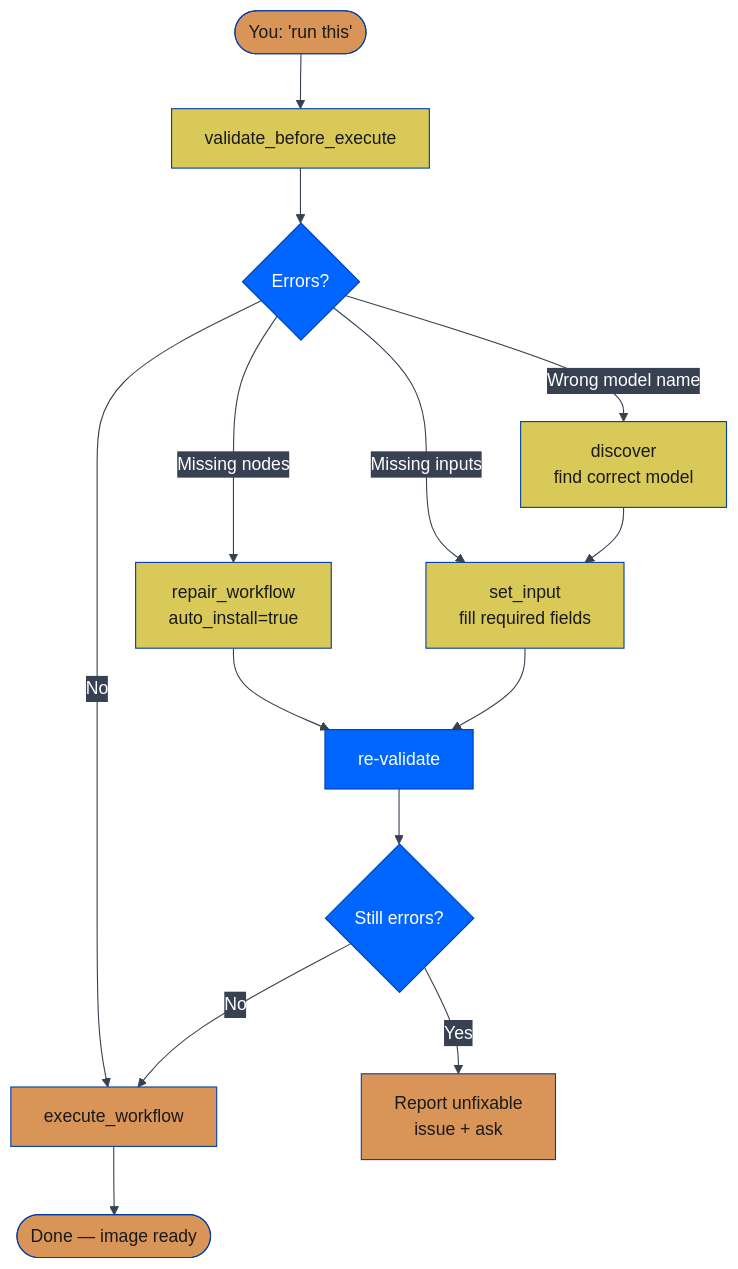
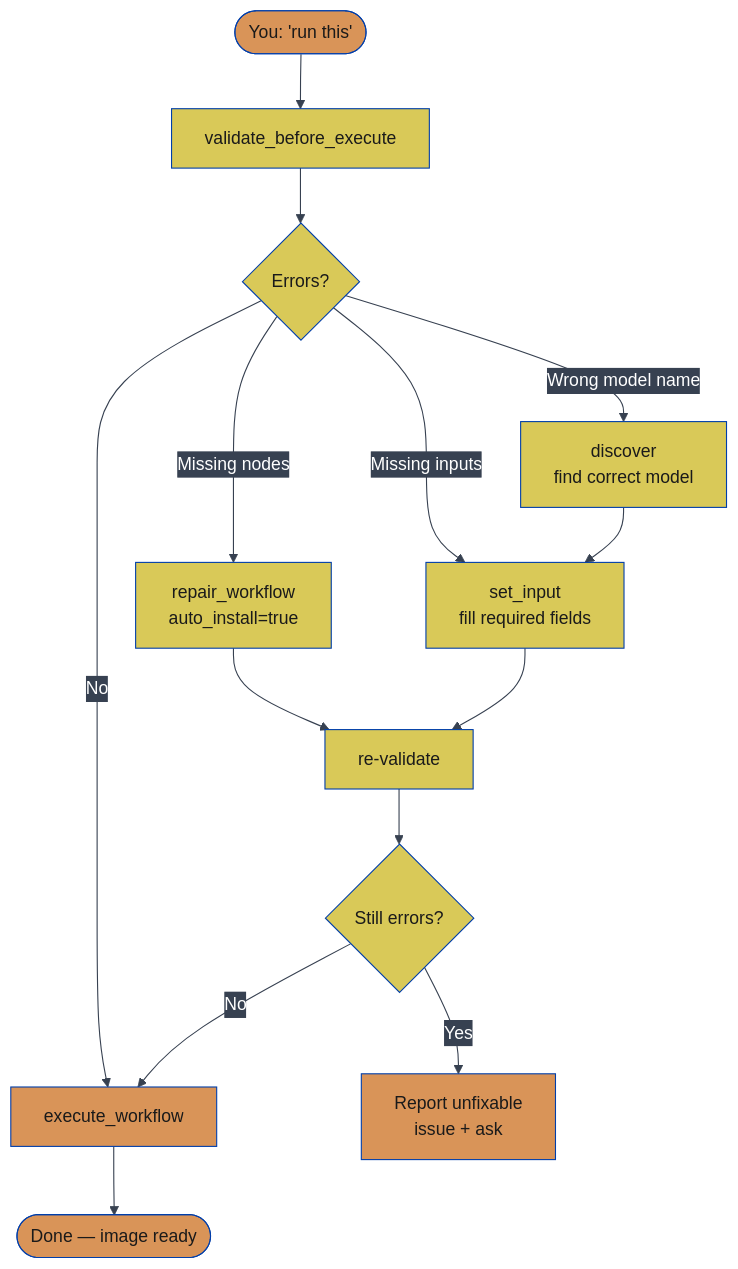
Before and after one commit to JosephOIbrahim/Comfy-Cozy: the eighth of 27 diagrams in README.md, drawn with Mermaid. The commit also changed other lines of this file, not shown here.

First line of the commit message:
[DOCS] Normalize mermaid palette: force two-tone orange/yellow with black text

````diff
--- a/README.md
+++ b/README.md
@@ -527,26 +540,29 @@
 ```mermaid
 %%{init: {'theme':'base','themeVariables': {'primaryColor':'#0066FF','primaryTextColor':'#ffffff','primaryBorderColor':'#003eaa','lineColor':'#374151','secondaryColor':'#374151','tertiaryColor':'#1f2937','fontFamily':'monospace'}}}%%
 flowchart TD
     Run(["You: 'run this'"]) --> Validate["validate_before_execute"]
     Validate --> Check{"Errors?"}
     Check -->|No| Execute["execute_workflow"]
     Check -->|"Missing nodes"| Repair["repair_workflow<br/>auto_install=true"]
     Check -->|"Missing inputs"| SetInput["set_input<br/>fill required fields"]
     Check -->|"Wrong model name"| Discover["discover<br/>find correct model"]
     Repair --> Revalidate["re-validate"]
     SetInput --> Revalidate
     Discover --> SetInput
     Revalidate --> Check2{"Still errors?"}
     Check2 -->|No| Execute
     Check2 -->|Yes| Report["Report unfixable<br/>issue + ask"]
     Execute --> Done(["Done — image ready"])
 
     style Run fill:#d99458,color:#1a1a1a
     style Validate fill:#d9c958,color:#1a1a1a
     style Repair fill:#d9c958,color:#1a1a1a
     style SetInput fill:#d9c958,color:#1a1a1a
     style Discover fill:#d9c958,color:#1a1a1a
     style Execute fill:#d99458,color:#1a1a1a
     style Done fill:#d99458,color:#1a1a1a
     style Report fill:#d99458,color:#1a1a1a
+    style Check fill:#d9c958,color:#1a1a1a
+    style Revalidate fill:#d9c958,color:#1a1a1a
+    style Check2 fill:#d9c958,color:#1a1a1a
 ```
````
